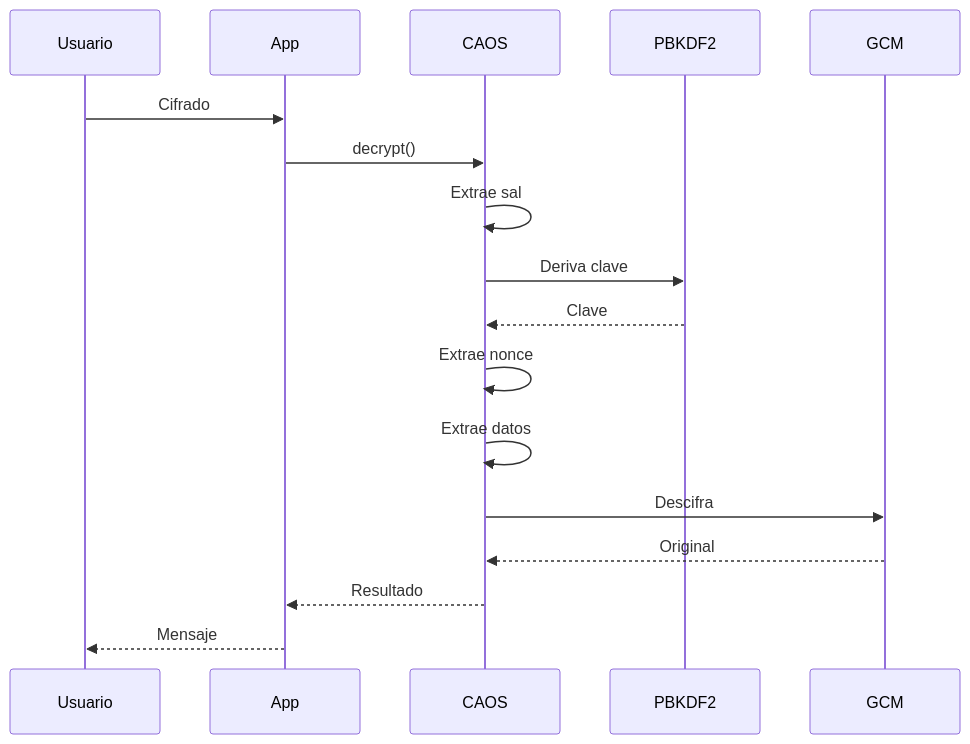
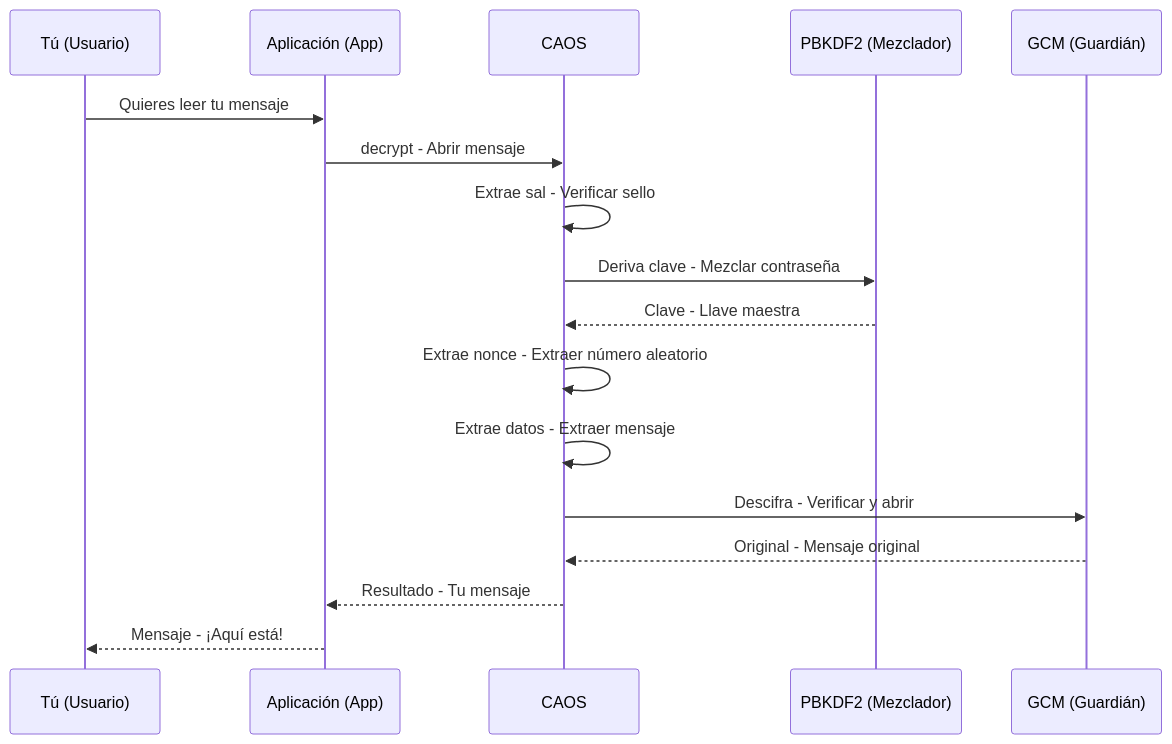
One commit to infantesromeroadrian/Encryption-CAOS-V4-Algorithms changed the fourth of 7 diagrams in docs/CAOS_V4_Diagrams.md. Above: the diagram before and after it, drawn with Mermaid. The commit also changed other lines of this file and 123 other files, not shown here.

````diff
--- a/docs/CAOS_V4_Diagrams.md
+++ b/docs/CAOS_V4_Diagrams.md
@@ -64,20 +62,20 @@
 ```mermaid
 sequenceDiagram
-    participant U as Usuario
-    participant A as App
+    participant T as Tú (Usuario)
+    participant A as Aplicación (App)
     participant C as CAOS
-    participant P as PBKDF2
-    participant G as GCM
+    participant P as PBKDF2 (Mezclador)
+    participant G as GCM (Guardián)
     
-    U->>A: Cifrado
-    A->>C: decrypt()
-    C->>C: Extrae sal
-    C->>P: Deriva clave
-    P-->>C: Clave
-    C->>C: Extrae nonce
-    C->>C: Extrae datos
-    C->>G: Descifra
-    G-->>C: Original
-    C-->>A: Resultado
-    A-->>U: Mensaje
+    T->>A: Quieres leer tu mensaje
+    A->>C: decrypt - Abrir mensaje
+    C->>C: Extrae sal - Verificar sello
+    C->>P: Deriva clave - Mezclar contraseña
+    P-->>C: Clave - Llave maestra
+    C->>C: Extrae nonce - Extraer número aleatorio
+    C->>C: Extrae datos - Extraer mensaje
+    C->>G: Descifra - Verificar y abrir
+    G-->>C: Original - Mensaje original
+    C-->>A: Resultado - Tu mensaje
+    A-->>T: Mensaje - ¡Aquí está!
 ```
````
